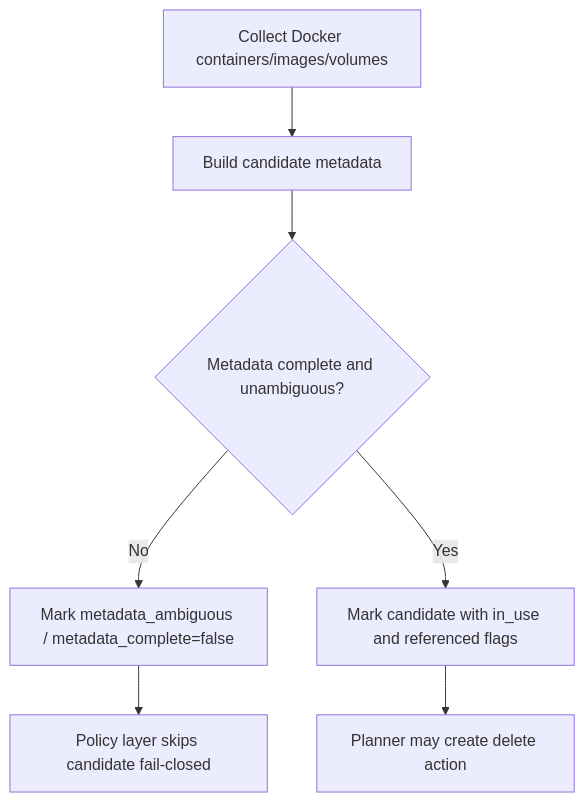
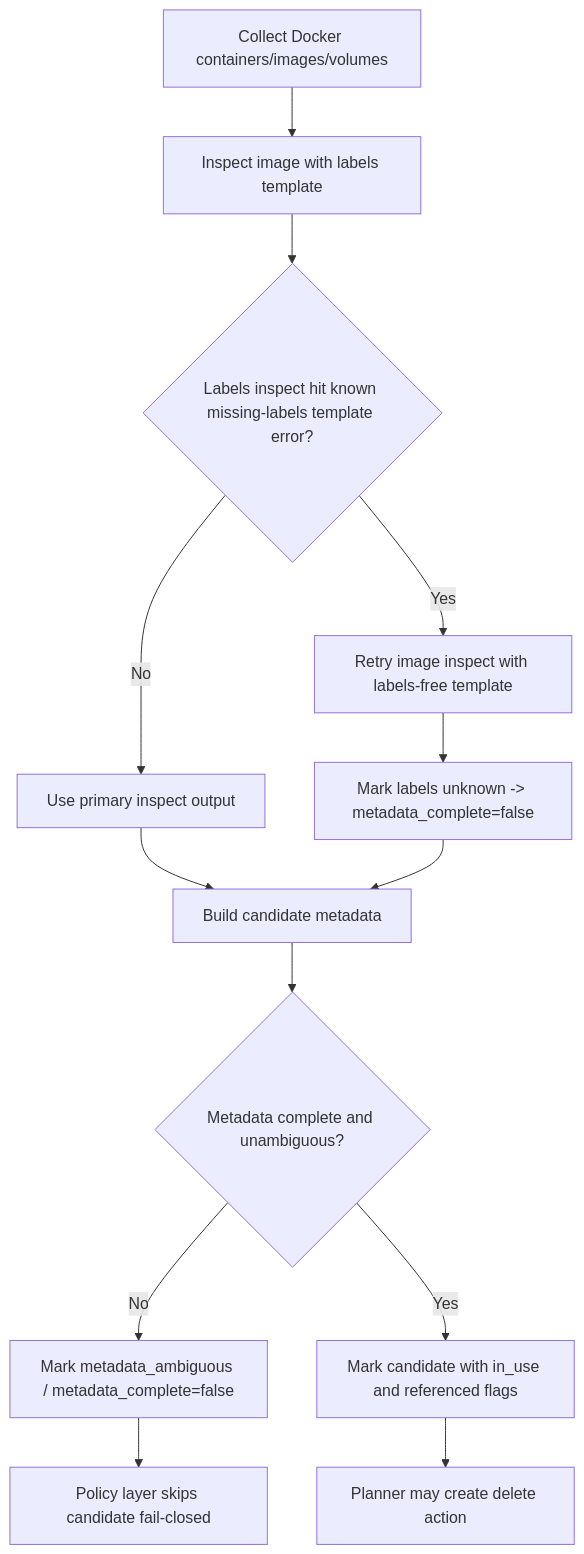
The first of 2 diagrams in flowcharts/docker-backend.md (vivekvedant/prune-guard), drawn with Mermaid before and after one commit. The commit also changed 3 other files, not shown here.

Commit message:
fix(docker-backend): fail closed when image labels are unavailable

````diff
--- a/flowcharts/docker-backend.md
+++ b/flowcharts/docker-backend.md
@@ -7,9 +7,15 @@
 ```mermaid
 flowchart TD
-    A[Collect Docker containers/images/volumes] --> B[Build candidate metadata]
-    B --> C{Metadata complete and unambiguous?}
-    C -- No --> D[Mark metadata_ambiguous / metadata_complete=false]
-    C -- Yes --> E[Mark candidate with in_use and referenced flags]
-    D --> F[Policy layer skips candidate fail-closed]
-    E --> G[Planner may create delete action]
+    A[Collect Docker containers/images/volumes] --> B[Inspect image with labels template]
+    B --> C{Labels inspect hit known missing-labels template error?}
+    C -- Yes --> D[Retry image inspect with labels-free template]
+    C -- No --> E[Use primary inspect output]
+    D --> F[Mark labels unknown -> metadata_complete=false]
+    E --> G[Build candidate metadata]
+    F --> G
+    G --> H{Metadata complete and unambiguous?}
+    H -- No --> I[Mark metadata_ambiguous / metadata_complete=false]
+    H -- Yes --> J[Mark candidate with in_use and referenced flags]
+    I --> K[Policy layer skips candidate fail-closed]
+    J --> L[Planner may create delete action]
 ```
````
